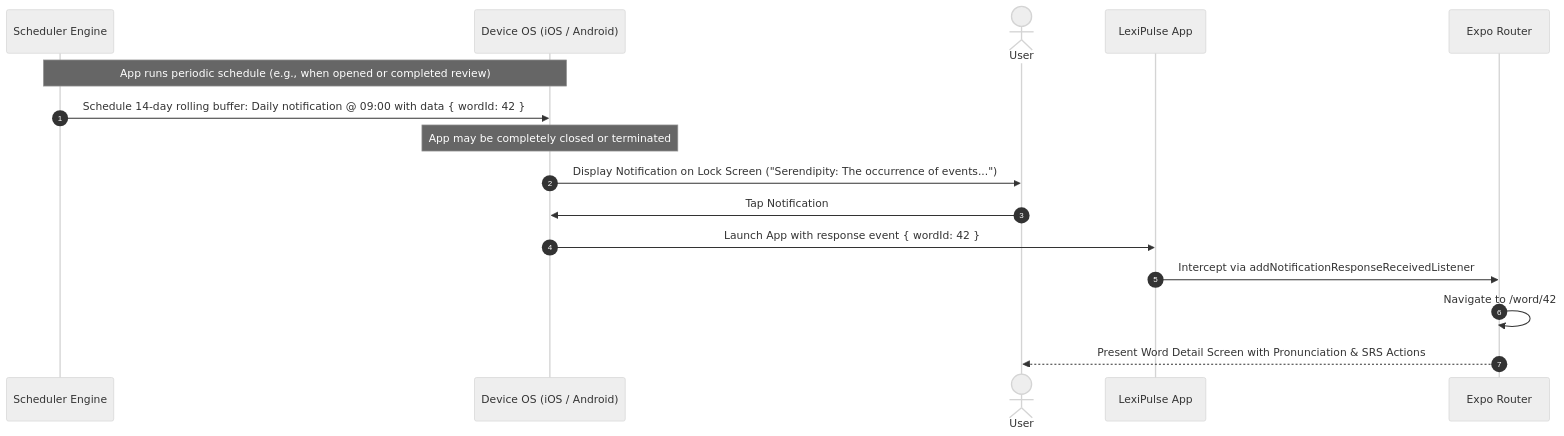
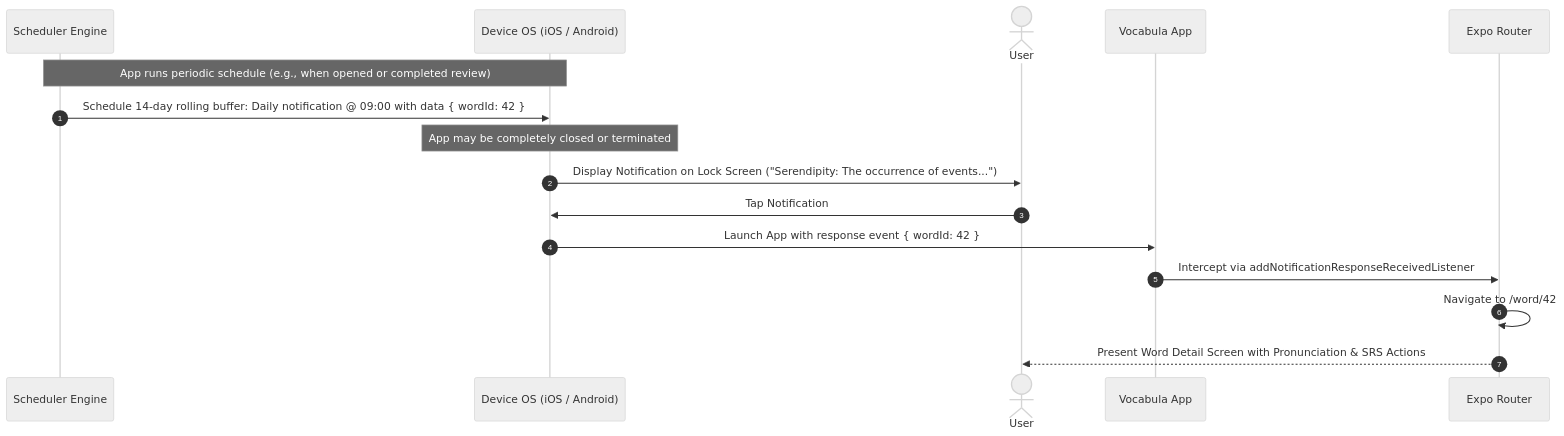
One commit to Otavio-Emanoel/Vocabula changed the fourth of 5 diagrams in ARCHITECTURE.md. Above: the diagram before and after it, drawn with Mermaid (neutral theme). The commit also changed other lines of this file and 17 other files, not shown here.

Commit message:
chore(brand): rename application from LexiPulse to Vocabula across app config, UI, database, and documentation

````diff
--- a/ARCHITECTURE.md
+++ b/ARCHITECTURE.md
@@ -158,19 +158,19 @@
 ```mermaid
 sequenceDiagram
     autonumber
     participant Engine as Scheduler Engine
     participant OS as Device OS (iOS / Android)
     actor User
-    participant App as LexiPulse App
+    participant App as Vocabula App
     participant Router as Expo Router
 
     Note over Engine,OS: App runs periodic schedule (e.g., when opened or completed review)
     Engine->>OS: Schedule 14-day rolling buffer: Daily notification @ 09:00 with data { wordId: 42 }
     Note over OS: App may be completely closed or terminated
     OS->>User: Display Notification on Lock Screen ("Serendipity: The occurrence of events...")
     User->>OS: Tap Notification
     OS->>App: Launch App with response event { wordId: 42 }
     App->>Router: Intercept via addNotificationResponseReceivedListener
     Router->>Router: Navigate to /word/42
     Router-->>User: Present Word Detail Screen with Pronunciation & SRS Actions
 ```
````
